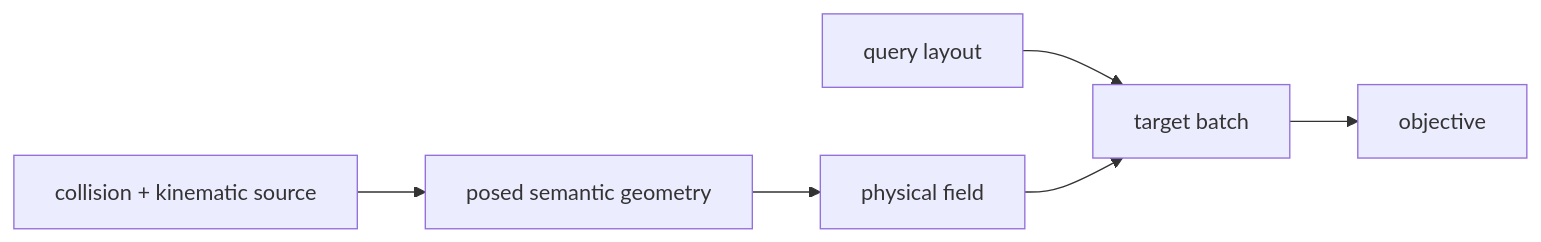
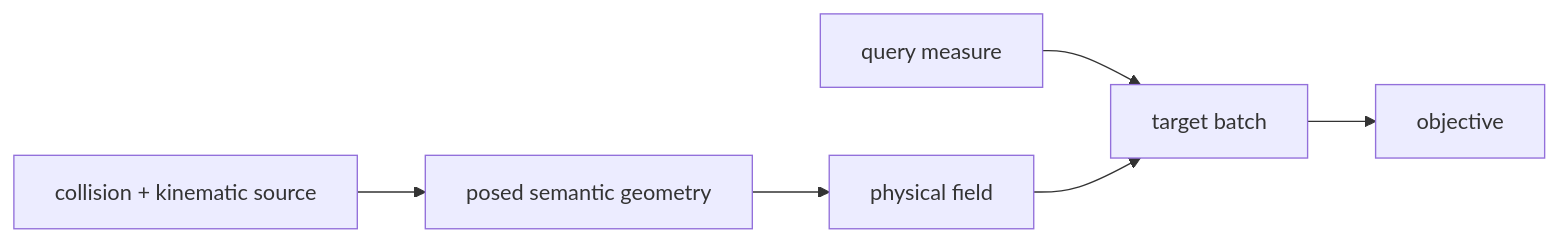
One commit to riemac/AnyMani changed the diagram in source/anymani/anymani/distill/representations/README.md. Above: the diagram before and after it, drawn with Mermaid. The commit also changed other lines of this file and 93 other files, not shown here.

````diff
--- a/source/anymani/anymani/distill/representations/README.md
+++ b/source/anymani/anymani/distill/representations/README.md
@@ -71,8 +71,8 @@
 ```mermaid
 flowchart LR
     S[collision + kinematic source] --> P[posed semantic geometry]
     P --> F[physical field]
-    Q[query layout] --> T[target batch]
+    Q[query measure] --> T[target batch]
     F --> T
     T --> L[objective]
 ```
````
